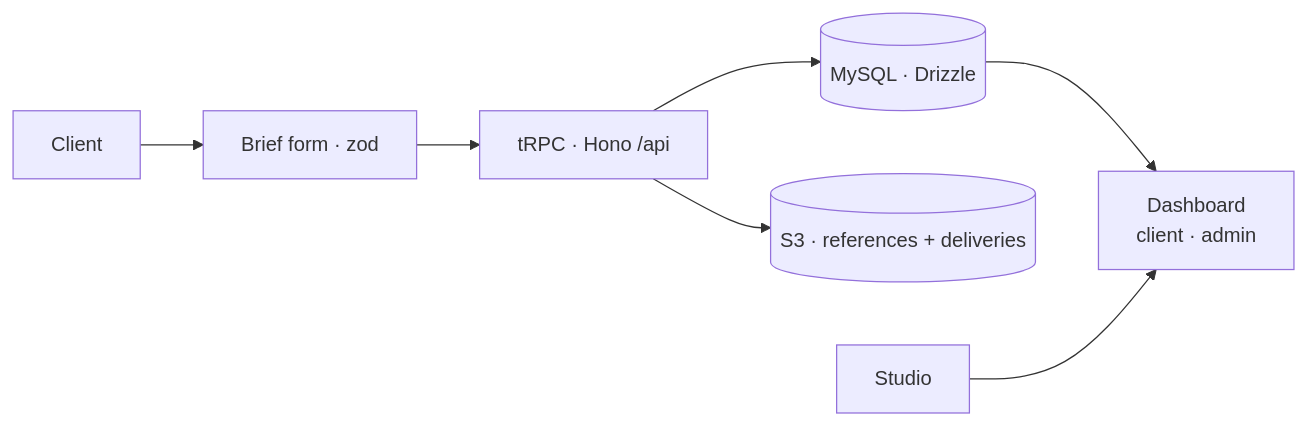
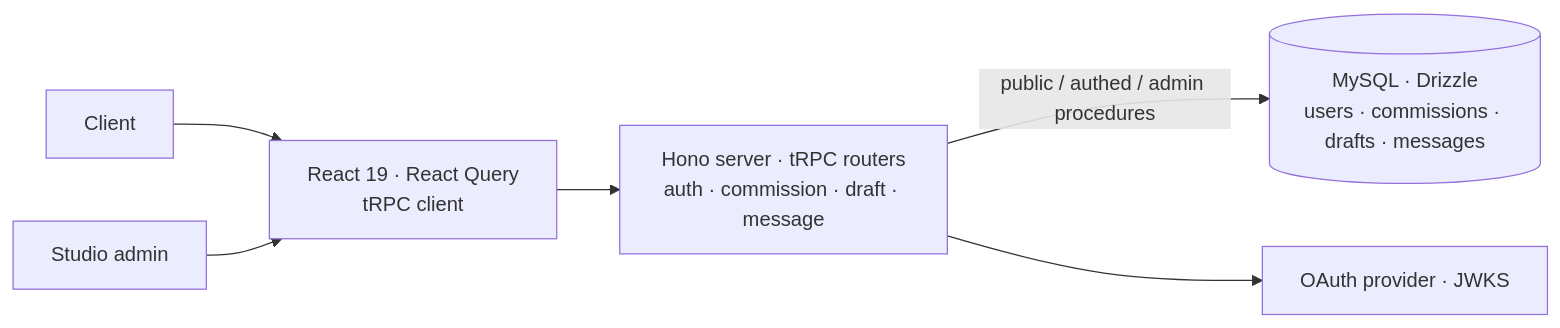
The diagram in README.md (kutluhangil/EditorialCommissionDesk), drawn with Mermaid before and after one commit. The commit also changed other lines of this file and 3 other files, not shown here.

````diff
--- a/README.md
+++ b/README.md
@@ -32,9 +44,8 @@
 ```mermaid
 flowchart LR
-  C[Client] --> B[Brief form · zod]
-  B --> T[tRPC · Hono /api]
-  T --> DB[(MySQL · Drizzle)]
-  T --> S3[(S3 · references + deliveries)]
-  DB --> D[Dashboard<br/>client · admin]
-  A[Studio] --> D
+  C[Client] --> UI[React 19 · React Query<br/>tRPC client]
+  S[Studio admin] --> UI
+  UI --> API[Hono server · tRPC routers<br/>auth · commission · draft · message]
+  API -- public / authed / admin procedures --> DB[(MySQL · Drizzle<br/>users · commissions · drafts · messages)]
+  API --> OA[OAuth provider · JWKS]
 ```
````
